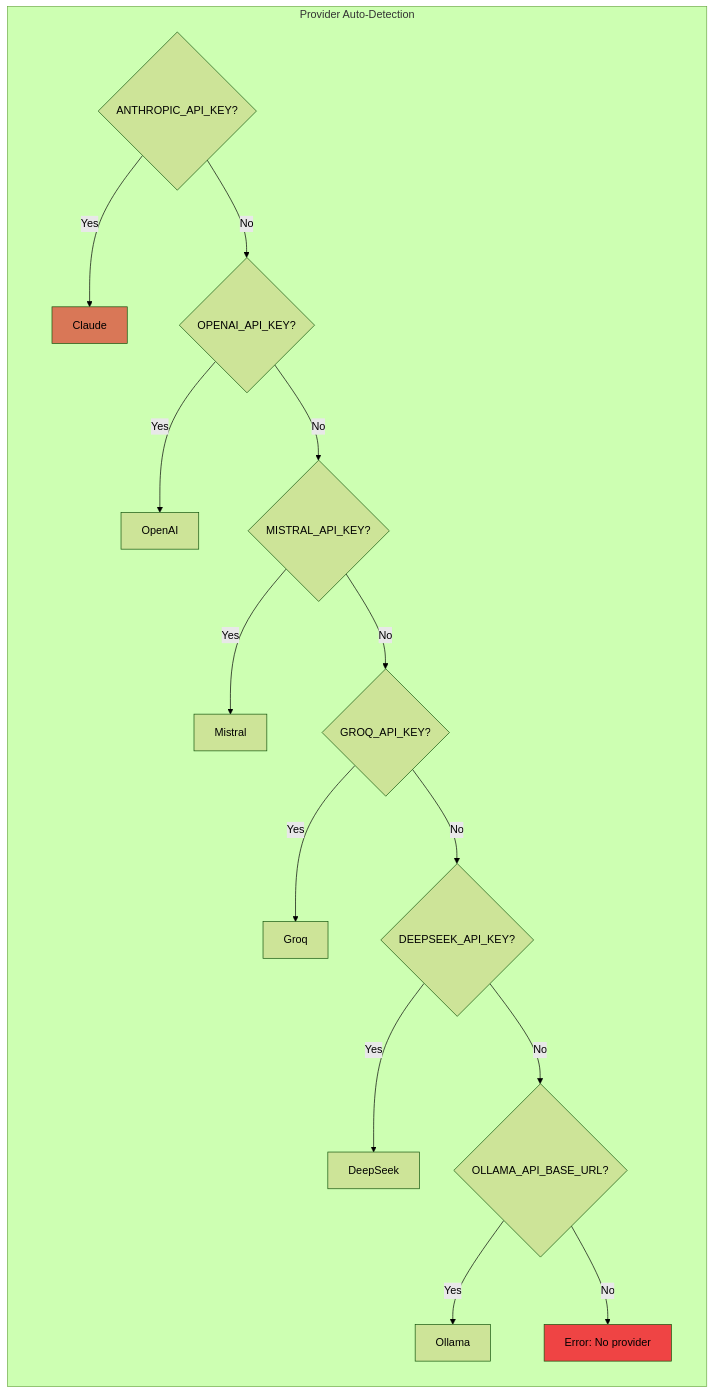
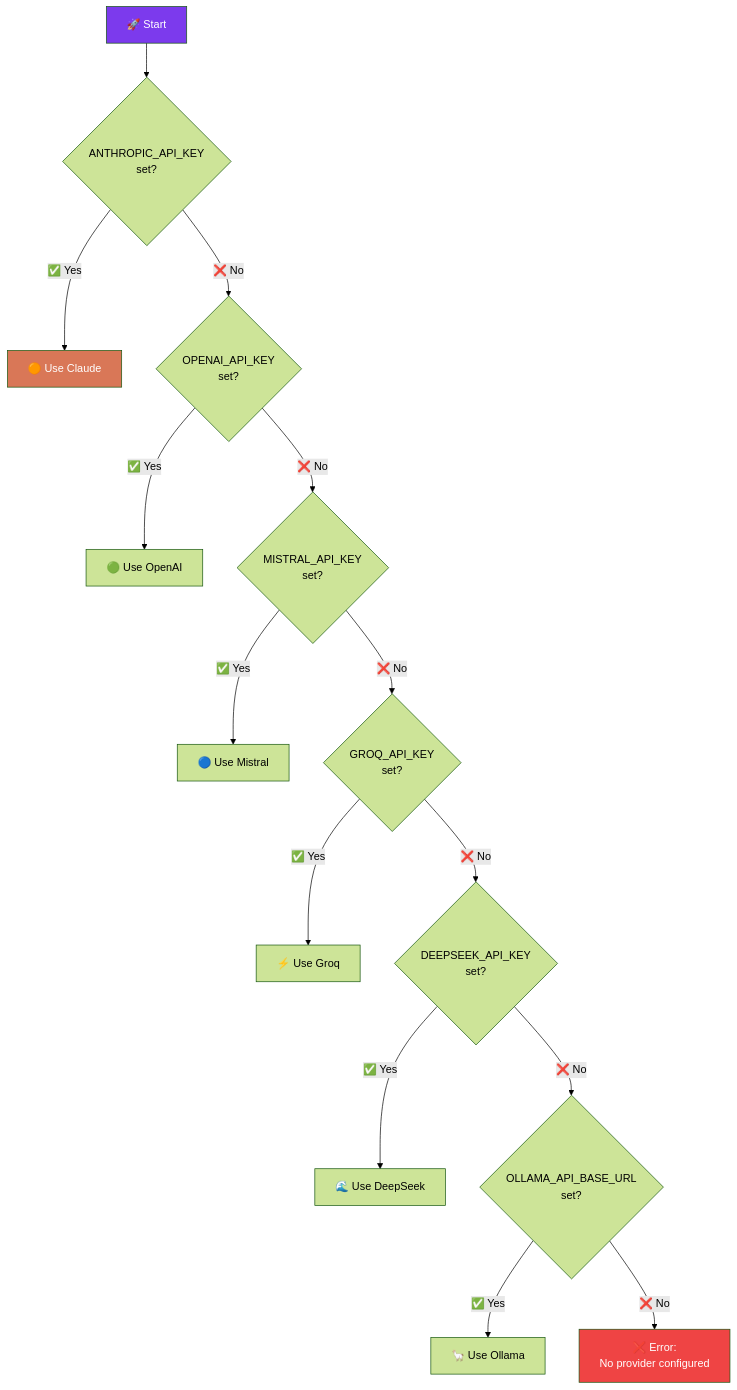
Before and after one commit to supernovae-st/nika: the tenth of 13 diagrams in README.md, drawn with Mermaid (forest theme). The commit also changed other lines of this file, not shown here.

````diff
--- a/README.md
+++ b/README.md
@@ -618,36 +1070,26 @@
 ```mermaid
-flowchart LR
-    subgraph Detection["Provider Auto-Detection"]
-        direction TB
-        Check1{"ANTHROPIC_API_KEY?"}
-        Check2{"OPENAI_API_KEY?"}
-        Check3{"MISTRAL_API_KEY?"}
-        Check4{"GROQ_API_KEY?"}
-        Check5{"DEEPSEEK_API_KEY?"}
-        Check6{"OLLAMA_API_BASE_URL?"}
-        Error["Error: No provider"]
+flowchart TD
+    Start["🚀 Start"] --> C1{"ANTHROPIC_API_KEY<br/>set?"}
 
-        Check1 -->|Yes| Claude
-        Check1 -->|No| Check2
-        Check2 -->|Yes| OpenAI
-        Check2 -->|No| Check3
-        Check3 -->|Yes| Mistral
-        Check3 -->|No| Check4
-        Check4 -->|Yes| Groq
-        Check4 -->|No| Check5
-        Check5 -->|Yes| DeepSeek
-        Check5 -->|No| Check6
-        Check6 -->|Yes| Ollama
-        Check6 -->|No| Error
-    end
+    C1 -->|"✅ Yes"| Claude["🟠 Use Claude"]
+    C1 -->|"❌ No"| C2{"OPENAI_API_KEY<br/>set?"}
 
-    Claude["Claude"]
-    OpenAI["OpenAI"]
-    Mistral["Mistral"]
-    Groq["Groq"]
-    DeepSeek["DeepSeek"]
-    Ollama["Ollama"]
+    C2 -->|"✅ Yes"| OpenAI["🟢 Use OpenAI"]
+    C2 -->|"❌ No"| C3{"MISTRAL_API_KEY<br/>set?"}
 
-    style Claude fill:#d97757
-    style Error fill:#ef4444
+    C3 -->|"✅ Yes"| Mistral["🔵 Use Mistral"]
+    C3 -->|"❌ No"| C4{"GROQ_API_KEY<br/>set?"}
+
+    C4 -->|"✅ Yes"| Groq["⚡ Use Groq"]
+    C4 -->|"❌ No"| C5{"DEEPSEEK_API_KEY<br/>set?"}
+
+    C5 -->|"✅ Yes"| DeepSeek["🌊 Use DeepSeek"]
+    C5 -->|"❌ No"| C6{"OLLAMA_API_BASE_URL<br/>set?"}
+
+    C6 -->|"✅ Yes"| Ollama["🦙 Use Ollama"]
+    C6 -->|"❌ No"| Error["❌ Error:<br/>No provider configured"]
+
+    style Claude fill:#d97757,color:#fff
+    style Error fill:#ef4444,color:#fff
+    style Start fill:#7c3aed,color:#fff
 ```
````
